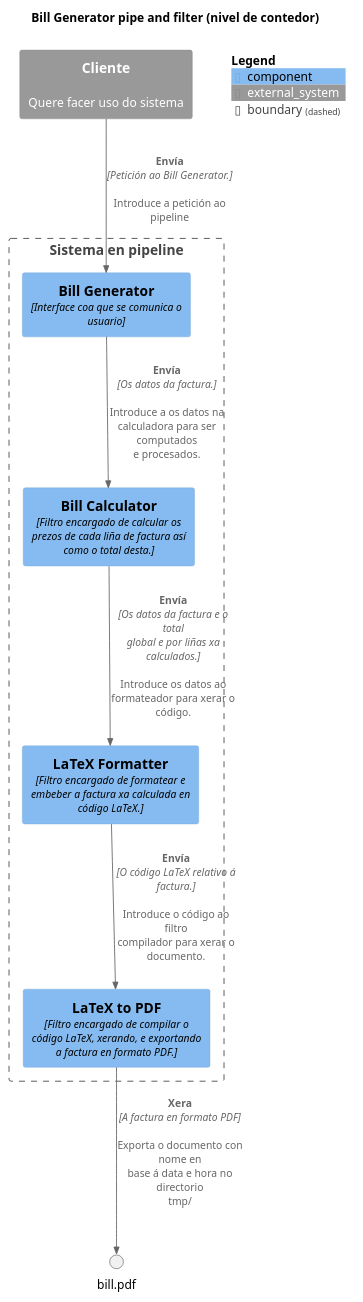
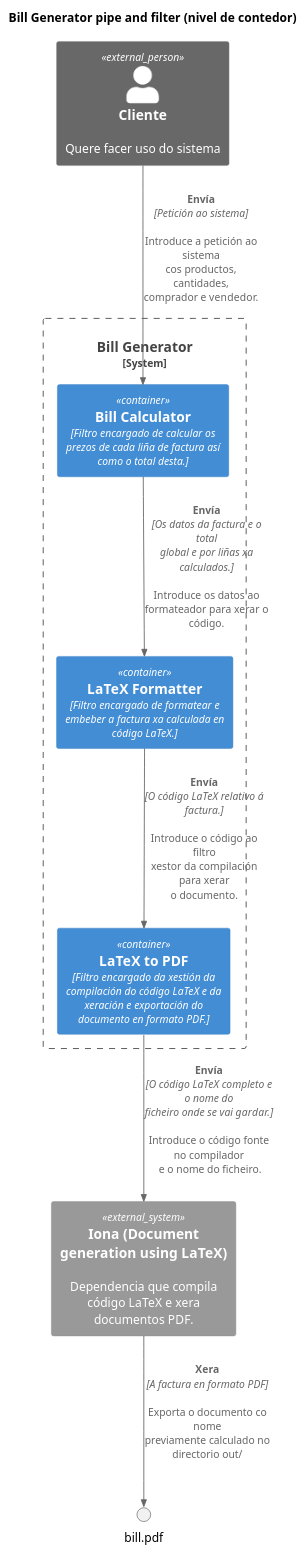
One commit to alejandrobujan/simple_bill_generator changed the diagram in doc/contedor.pu. Above: the diagram before and after it, drawn with PlantUML. The commit also changed 11 other files, not shown here.

Commit message:
Code refactoring. Three first diagrams added.

```diff
--- a/doc/contedor.pu
+++ b/doc/contedor.pu
@@ -1,24 +1,20 @@
 @startuml Bill Generator pipe and filter
 title Bill Generator pipe and filter (nivel de contedor)
-!include https://raw.githubusercontent.com/plantuml-stdlib/C4-PlantUML/master/C4_Component.puml
+!include https://raw.githubusercontent.com/plantuml-stdlib/C4-PlantUML/master/C4_Container.puml
 
-System_Ext(client, "Cliente", "Quere facer uso do sistema")
+Person_Ext(client, "Cliente", "Quere facer uso do sistema")
 
-Boundary(pipeline_system, "Sistema en pipeline"){
-    Component(bill_generator, "Bill Generator", "Interface coa que se comunica o usuario")
-    Component(bill_calculator, "Bill Calculator", "Filtro encargado de calcular os prezos de cada liña de factura así como o total desta.")
-    Component(latex_formatter, "LaTeX Formatter", "Filtro encargado de formatear e embeber a factura xa calculada en código LaTeX.")
-    Component(latex_to_pdf, "LaTeX to PDF", "Filtro encargado de compilar o código LaTeX, xerando, e exportando a factura en formato PDF.")
+System_Boundary(pipeline_system, "Bill Generator"){
+    Container(bill_calculator, "Bill Calculator", "Filtro encargado de calcular os prezos de cada liña de factura así como o total desta.")
+    Container(latex_formatter, "LaTeX Formatter", "Filtro encargado de formatear e embeber a factura xa calculada en código LaTeX.")
+    Container(latex_to_pdf, "LaTeX to PDF", "Filtro encargado da xestión da compilación do código LaTeX e da xeración e exportación do documento en formato PDF.")
 }
+System_Ext(external_libraries, "Iona (Document generation using LaTeX)", "Dependencia que compila código LaTeX e xera documentos PDF.")
 
-Rel(client, bill_generator, "Envía", "Petición ao Bill Generator.", "Introduce a petición ao pipeline")
-Rel(bill_generator, bill_calculator, "Envía", "Os datos da factura.", "Introduce a os datos na calculadora para ser computados e procesados.")
+Rel(client, bill_calculator, "Envía", "Petición ao sistema", "Introduce a petición ao sistema cos productos, cantidades, comprador e vendedor.")
 Rel(bill_calculator, latex_formatter, "Envía", "Os datos da factura e o total global e por liñas xa calculados.", "Introduce os datos ao formateador para xerar o código.")
-Rel(latex_formatter, latex_to_pdf, "Envía", "O código LaTeX relativo á factura.", "Introduce o código ao filtro compilador para xerar o documento.")
-Rel(latex_to_pdf, bill.pdf, "Xera", "A factura en formato PDF", "Exporta o documento con nome en base á data e hora no directorio tmp/")
-
-
-
-SHOW_FLOATING_LEGEND()
+Rel(latex_formatter, latex_to_pdf, "Envía", "O código LaTeX relativo á factura.", "Introduce o código ao filtro xestor da compilación para xerar o documento.")
+Rel(latex_to_pdf, external_libraries, "Envía", "O código LaTeX completo e o nome do ficheiro onde se vai gardar.", "Introduce o código fonte no compilador\n e o nome do ficheiro.")
+Rel(external_libraries, bill.pdf, "Xera", "A factura en formato PDF", "Exporta o documento co nome previamente calculado no directorio out/")
 
 @enduml
```
